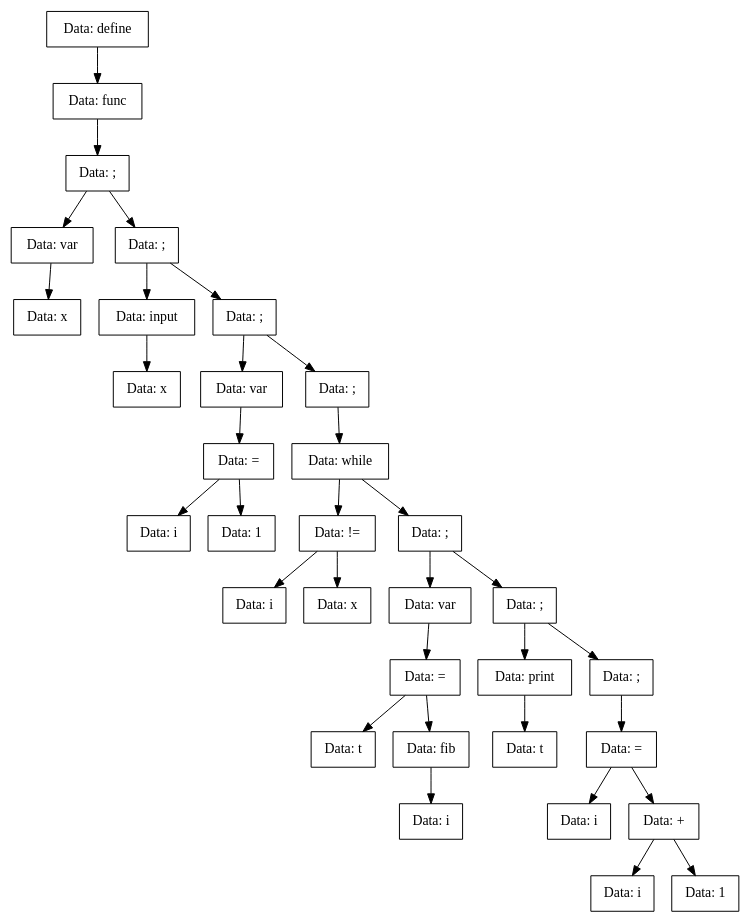
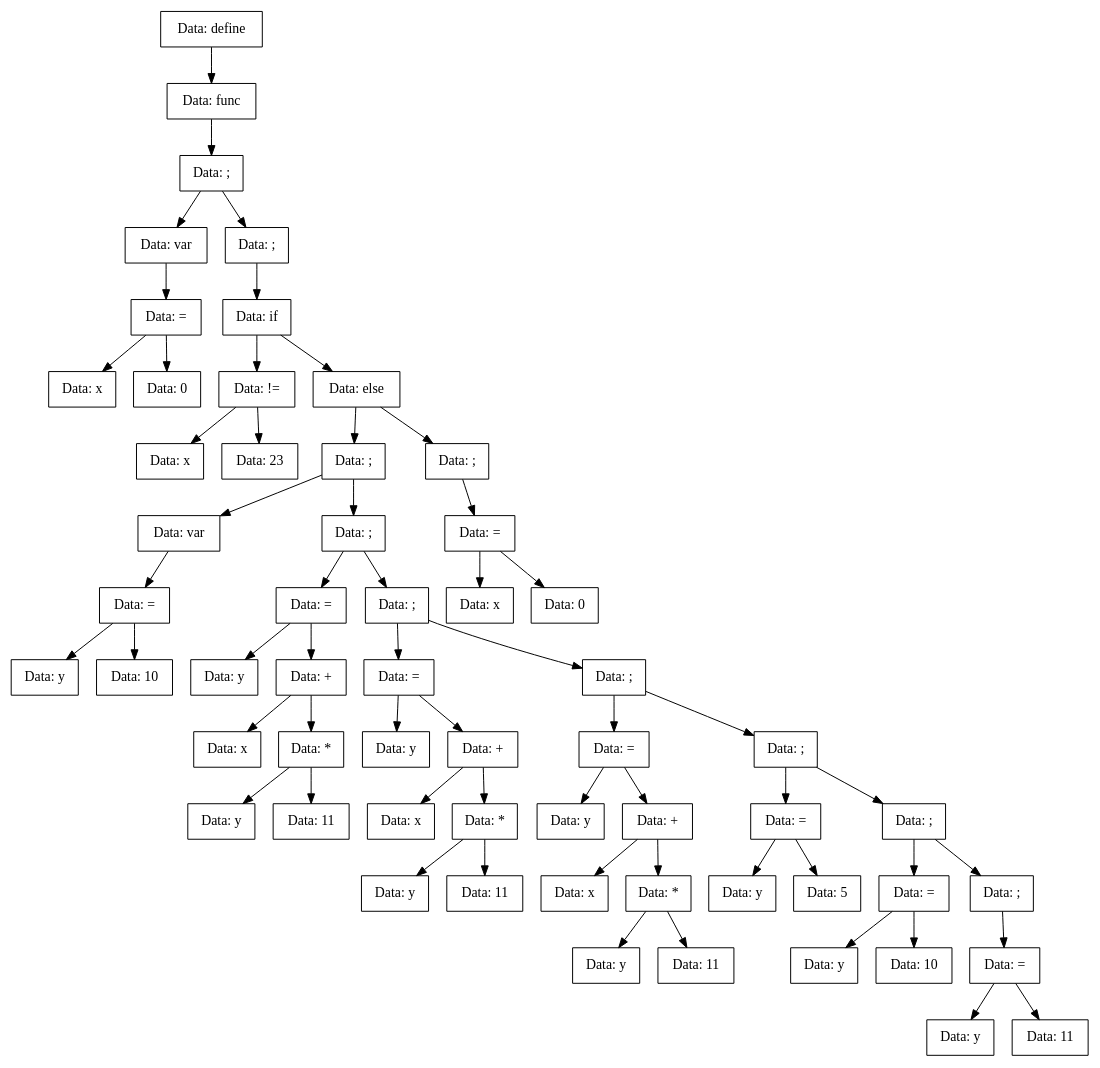
The diagram in TreeDump/func.dot (vorontsov-amd/Compiller), drawn with Graphviz before and after one commit. The commit also changed 29 other files, not shown here.

```diff
--- a/TreeDump/func.dot
+++ b/TreeDump/func.dot
@@ -1,67 +1,117 @@
 digraph func{
-Node0x557d5b339050[shape="record", label="Data: define"];
-Node0x557d5b3390f0[shape="record", label="Data: func"];
-Node0x557d5b3390a0[shape="record", label="Data: ;"];
-Node0x557d5b338f10[shape="record", label="Data: var"];
-Node0x557d5b338f60[shape="record", label="Data: x"];
-Node0x557d5b338f10->Node0x557d5b338f60;
-Node0x557d5b3390a0->Node0x557d5b338f10;
-Node0x557d5b338e20[shape="record", label="Data: ;"];
-Node0x557d5b338e70[shape="record", label="Data: input"];
-Node0x557d5b338d30[shape="record", label="Data: x"];
-Node0x557d5b338e70->Node0x557d5b338d30;
-Node0x557d5b338e20->Node0x557d5b338e70;
-Node0x557d5b3392d0[shape="record", label="Data: ;"];
-Node0x557d5b339190[shape="record", label="Data: var"];
-Node0x557d5b339140[shape="record", label="Data: ="];
-Node0x557d5b338fb0[shape="record", label="Data: i"];
-Node0x557d5b339140->Node0x557d5b338fb0;
-Node0x557d5b338ec0[shape="record", label="Data: 1"];
-Node0x557d5b339140->Node0x557d5b338ec0;
-Node0x557d5b339190->Node0x557d5b339140;
-Node0x557d5b3392d0->Node0x557d5b339190;
-Node0x557d5b338dd0[shape="record", label="Data: ;"];
-Node0x557d5b338d80[shape="record", label="Data: while"];
-Node0x557d5b3394b0[shape="record", label="Data: !="];
-Node0x557d5b339500[shape="record", label="Data: i"];
-Node0x557d5b3394b0->Node0x557d5b339500;
-Node0x557d5b339640[shape="record", label="Data: x"];
-Node0x557d5b3394b0->Node0x557d5b339640;
-Node0x557d5b338d80->Node0x557d5b3394b0;
-Node0x557d5b3396e0[shape="record", label="Data: ;"];
-Node0x557d5b339730[shape="record", label="Data: var"];
-Node0x557d5b339690[shape="record", label="Data: ="];
-Node0x557d5b3395f0[shape="record", label="Data: t"];
-Node0x557d5b339690->Node0x557d5b3395f0;
-Node0x557d5b3395a0[shape="record", label="Data: fib"];
-Node0x557d5b339550[shape="record", label="Data: i"];
-Node0x557d5b3395a0->Node0x557d5b339550;
-Node0x557d5b339690->Node0x557d5b3395a0;
-Node0x557d5b339730->Node0x557d5b339690;
-Node0x557d5b3396e0->Node0x557d5b339730;
-Node0x557d5b339280[shape="record", label="Data: ;"];
-Node0x557d5b3391e0[shape="record", label="Data: print"];
-Node0x557d5b3393c0[shape="record", label="Data: t"];
-Node0x557d5b3391e0->Node0x557d5b3393c0;
-Node0x557d5b339280->Node0x557d5b3391e0;
-Node0x557d5b339460[shape="record", label="Data: ;"];
-Node0x557d5b339410[shape="record", label="Data: ="];
-Node0x557d5b339370[shape="record", label="Data: i"];
-Node0x557d5b339410->Node0x557d5b339370;
-Node0x557d5b339320[shape="record", label="Data: +"];
-Node0x557d5b339230[shape="record", label="Data: i"];
-Node0x557d5b339320->Node0x557d5b339230;
-Node0x557d5b339000[shape="record", label="Data: 1"];
-Node0x557d5b339320->Node0x557d5b339000;
-Node0x557d5b339410->Node0x557d5b339320;
-Node0x557d5b339460->Node0x557d5b339410;
-Node0x557d5b339280->Node0x557d5b339460;
-Node0x557d5b3396e0->Node0x557d5b339280;
-Node0x557d5b338d80->Node0x557d5b3396e0;
-Node0x557d5b338dd0->Node0x557d5b338d80;
-Node0x557d5b3392d0->Node0x557d5b338dd0;
-Node0x557d5b338e20->Node0x557d5b3392d0;
-Node0x557d5b3390a0->Node0x557d5b338e20;
-Node0x557d5b3390f0->Node0x557d5b3390a0;
-Node0x557d5b339050->Node0x557d5b3390f0;
+Node0x564c3d758330[shape="record", label="Data: define"];
+Node0x564c3d7583d0[shape="record", label="Data: func"];
+Node0x564c3d758380[shape="record", label="Data: ;"];
+Node0x564c3d758150[shape="record", label="Data: var"];
+Node0x564c3d7581a0[shape="record", label="Data: ="];
+Node0x564c3d758240[shape="record", label="Data: x"];
+Node0x564c3d7581a0->Node0x564c3d758240;
+Node0x564c3d7581f0[shape="record", label="Data: 0"];
+Node0x564c3d7581a0->Node0x564c3d7581f0;
+Node0x564c3d758150->Node0x564c3d7581a0;
+Node0x564c3d758380->Node0x564c3d758150;
+Node0x564c3d758060[shape="record", label="Data: ;"];
+Node0x564c3d759190[shape="record", label="Data: if"];
+Node0x564c3d759140[shape="record", label="Data: !="];
+Node0x564c3d758420[shape="record", label="Data: x"];
+Node0x564c3d759140->Node0x564c3d758420;
+Node0x564c3d7582e0[shape="record", label="Data: 23"];
+Node0x564c3d759140->Node0x564c3d7582e0;
+Node0x564c3d759190->Node0x564c3d759140;
+Node0x564c3d758290[shape="record", label="Data: else"];
+Node0x564c3d758100[shape="record", label="Data: ;"];
+Node0x564c3d7580b0[shape="record", label="Data: var"];
+Node0x564c3d759230[shape="record", label="Data: ="];
+Node0x564c3d758ec0[shape="record", label="Data: y"];
+Node0x564c3d759230->Node0x564c3d758ec0;
+Node0x564c3d758d80[shape="record", label="Data: 10"];
+Node0x564c3d759230->Node0x564c3d758d80;
+Node0x564c3d7580b0->Node0x564c3d759230;
+Node0x564c3d758100->Node0x564c3d7580b0;
+Node0x564c3d758b00[shape="record", label="Data: ;"];
+Node0x564c3d758880[shape="record", label="Data: ="];
+Node0x564c3d758600[shape="record", label="Data: y"];
+Node0x564c3d758880->Node0x564c3d758600;
+Node0x564c3d758470[shape="record", label="Data: +"];
+Node0x564c3d7591e0[shape="record", label="Data: x"];
+Node0x564c3d758470->Node0x564c3d7591e0;
+Node0x564c3d759000[shape="record", label="Data: *"];
+Node0x564c3d758dd0[shape="record", label="Data: y"];
+Node0x564c3d759000->Node0x564c3d758dd0;
+Node0x564c3d758f60[shape="record", label="Data: 11"];
+Node0x564c3d759000->Node0x564c3d758f60;
+Node0x564c3d758470->Node0x564c3d759000;
+Node0x564c3d758880->Node0x564c3d758470;
+Node0x564c3d758b00->Node0x564c3d758880;
+Node0x564c3d758fb0[shape="record", label="Data: ;"];
+Node0x564c3d758f10[shape="record", label="Data: ="];
+Node0x564c3d7590a0[shape="record", label="Data: y"];
+Node0x564c3d758f10->Node0x564c3d7590a0;
+Node0x564c3d7590f0[shape="record", label="Data: +"];
+Node0x564c3d759050[shape="record", label="Data: x"];
+Node0x564c3d7590f0->Node0x564c3d759050;
+Node0x564c3d758e70[shape="record", label="Data: *"];
+Node0x564c3d758c40[shape="record", label="Data: y"];
+Node0x564c3d758e70->Node0x564c3d758c40;
+Node0x564c3d758ce0[shape="record", label="Data: 11"];
+Node0x564c3d758e70->Node0x564c3d758ce0;
+Node0x564c3d7590f0->Node0x564c3d758e70;
+Node0x564c3d758f10->Node0x564c3d7590f0;
+Node0x564c3d758fb0->Node0x564c3d758f10;
+Node0x564c3d758d30[shape="record", label="Data: ;"];
+Node0x564c3d758c90[shape="record", label="Data: ="];
+Node0x564c3d758bf0[shape="record", label="Data: y"];
+Node0x564c3d758c90->Node0x564c3d758bf0;
+Node0x564c3d758b50[shape="record", label="Data: +"];
+Node0x564c3d758e20[shape="record", label="Data: x"];
+Node0x564c3d758b50->Node0x564c3d758e20;
+Node0x564c3d758ba0[shape="record", label="Data: *"];
+Node0x564c3d758920[shape="record", label="Data: y"];
+Node0x564c3d758ba0->Node0x564c3d758920;
+Node0x564c3d7589c0[shape="record", label="Data: 11"];
+Node0x564c3d758ba0->Node0x564c3d7589c0;
+Node0x564c3d758b50->Node0x564c3d758ba0;
+Node0x564c3d758c90->Node0x564c3d758b50;
+Node0x564c3d758d30->Node0x564c3d758c90;
+Node0x564c3d758a60[shape="record", label="Data: ;"];
+Node0x564c3d758ab0[shape="record", label="Data: ="];
+Node0x564c3d758a10[shape="record", label="Data: y"];
+Node0x564c3d758ab0->Node0x564c3d758a10;
+Node0x564c3d758970[shape="record", label="Data: 5"];
+Node0x564c3d758ab0->Node0x564c3d758970;
+Node0x564c3d758a60->Node0x564c3d758ab0;
+Node0x564c3d7588d0[shape="record", label="Data: ;"];
+Node0x564c3d758650[shape="record", label="Data: ="];
+Node0x564c3d7584c0[shape="record", label="Data: y"];
+Node0x564c3d758650->Node0x564c3d7584c0;
+Node0x564c3d7586a0[shape="record", label="Data: 10"];
+Node0x564c3d758650->Node0x564c3d7586a0;
+Node0x564c3d7588d0->Node0x564c3d758650;
+Node0x564c3d758740[shape="record", label="Data: ;"];
+Node0x564c3d7587e0[shape="record", label="Data: ="];
+Node0x564c3d758830[shape="record", label="Data: y"];
+Node0x564c3d7587e0->Node0x564c3d758830;
+Node0x564c3d758790[shape="record", label="Data: 11"];
+Node0x564c3d7587e0->Node0x564c3d758790;
+Node0x564c3d758740->Node0x564c3d7587e0;
+Node0x564c3d7588d0->Node0x564c3d758740;
+Node0x564c3d758a60->Node0x564c3d7588d0;
+Node0x564c3d758d30->Node0x564c3d758a60;
+Node0x564c3d758fb0->Node0x564c3d758d30;
+Node0x564c3d758b00->Node0x564c3d758fb0;
+Node0x564c3d758100->Node0x564c3d758b00;
+Node0x564c3d758290->Node0x564c3d758100;
+Node0x564c3d7586f0[shape="record", label="Data: ;"];
+Node0x564c3d758510[shape="record", label="Data: ="];
+Node0x564c3d758560[shape="record", label="Data: x"];
+Node0x564c3d758510->Node0x564c3d758560;
+Node0x564c3d7585b0[shape="record", label="Data: 0"];
+Node0x564c3d758510->Node0x564c3d7585b0;
+Node0x564c3d7586f0->Node0x564c3d758510;
+Node0x564c3d758290->Node0x564c3d7586f0;
+Node0x564c3d759190->Node0x564c3d758290;
+Node0x564c3d758060->Node0x564c3d759190;
+Node0x564c3d758380->Node0x564c3d758060;
+Node0x564c3d7583d0->Node0x564c3d758380;
+Node0x564c3d758330->Node0x564c3d7583d0;
 }
```
